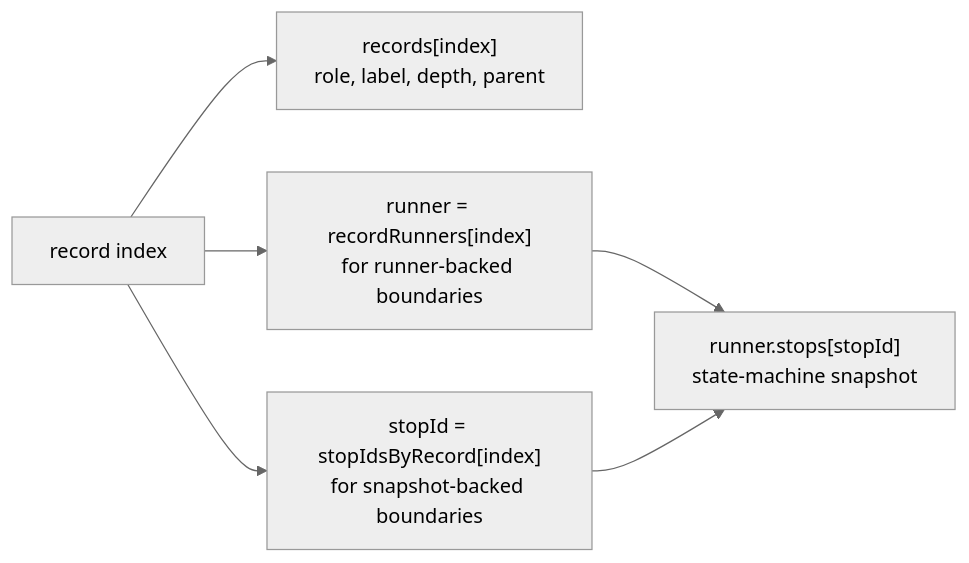
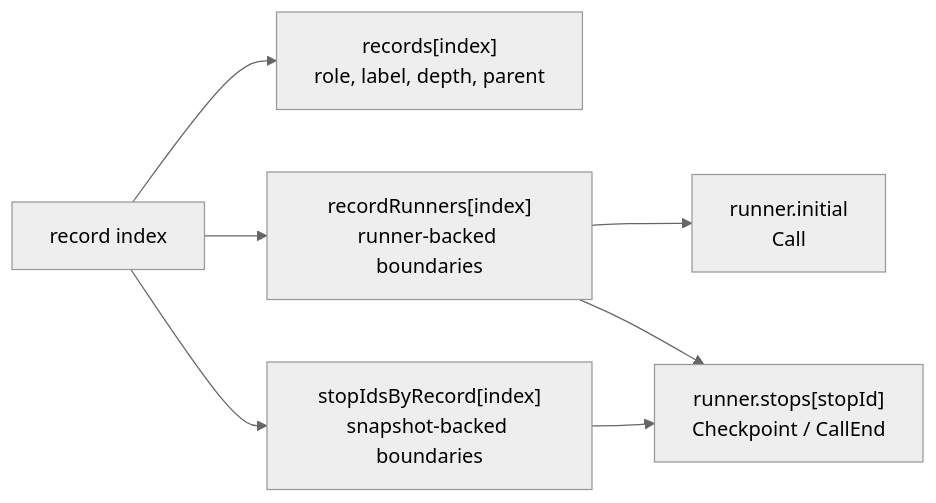
The first of 3 diagrams in docs/minimum-playback-algorithm.md (akeit0/AsyncPlayback), drawn with Mermaid (neutral theme) before and after one commit. The commit also changed other lines of this file and 1 other file, not shown here.

````diff
--- a/docs/minimum-playback-algorithm.md
+++ b/docs/minimum-playback-algorithm.md
@@ -114,14 +122,16 @@
 ```mermaid
 flowchart LR
     RecordIndex["record index"]
     Record["records[index]<br/>role, label, depth, parent"]
-    RunnerMap["runner = recordRunners[index]<br/>for runner-backed boundaries"]
-    StopMap["stopId = stopIdsByRecord[index]<br/>for snapshot-backed boundaries"]
-    RunnerStop["runner.stops[stopId]<br/>state-machine snapshot"]
+    RunnerMap["recordRunners[index]<br/>runner-backed boundaries"]
+    StopMap["stopIdsByRecord[index]<br/>snapshot-backed boundaries"]
+    RunnerInitial["runner.initial<br/>Call"]
+    RunnerStop["runner.stops[stopId]<br/>Checkpoint / CallEnd"]
 
     RecordIndex --> Record
     RecordIndex --> RunnerMap
     RecordIndex --> StopMap
+    RunnerMap --> RunnerInitial
     RunnerMap --> RunnerStop
     StopMap --> RunnerStop
 ```
````
